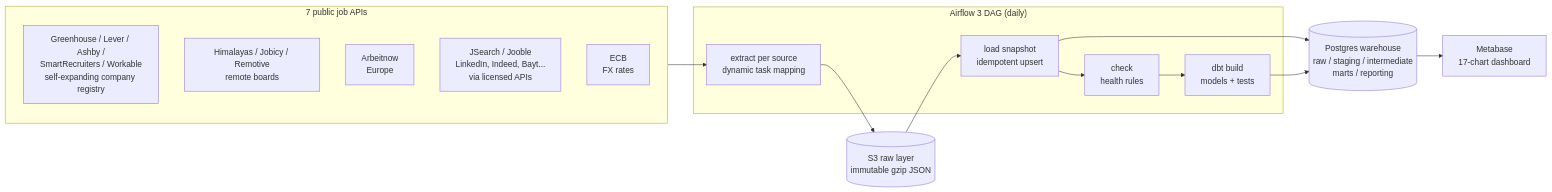
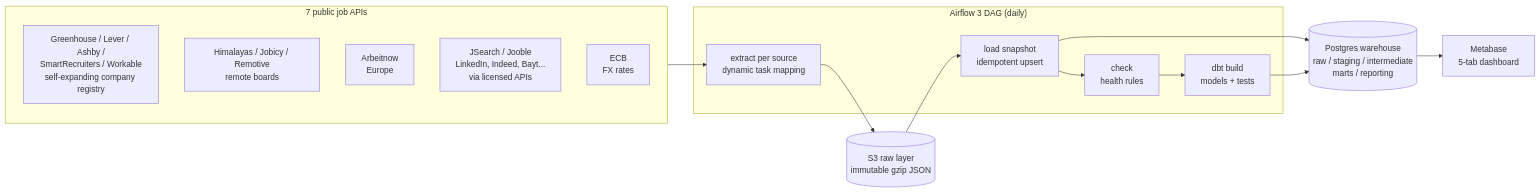
One commit to moamenmoussa172/job-market-radar changed the first of 2 diagrams in README.md. Above: the diagram before and after it, drawn with Mermaid. The commit also changed other lines of this file and 1 other file, not shown here.

Commit message:
Dashboard: 5 tabs, dropdown filters, job title links

````diff
--- a/README.md
+++ b/README.md
@@ -29,22 +42,22 @@
 ```mermaid
 flowchart LR
     subgraph Sources["7 public job APIs"]
         A1[Greenhouse / Lever / Ashby /<br/>SmartRecruiters / Workable<br/>self-expanding company registry]
         A2[Himalayas / Jobicy / Remotive<br/>remote boards]
         A3[Arbeitnow<br/>Europe]
         A5[JSearch / Jooble<br/>LinkedIn, Indeed, Bayt...<br/>via licensed APIs]
         A4[ECB<br/>FX rates]
     end
     subgraph Airflow["Airflow 3 DAG (daily)"]
         E[extract per source<br/>dynamic task mapping]
         L[load snapshot<br/>idempotent upsert]
         C[check<br/>health rules]
         D[dbt build<br/>models + tests]
     end
     S3[(S3 raw layer<br/>immutable gzip JSON)]
     PG[(Postgres warehouse<br/>raw / staging / intermediate<br/>marts / reporting)]
-    MB[Metabase<br/>17-chart dashboard]
+    MB[Metabase<br/>5-tab dashboard]
 
     Sources --> E --> S3 --> L --> PG
     L --> C --> D --> PG --> MB
 ```
````
